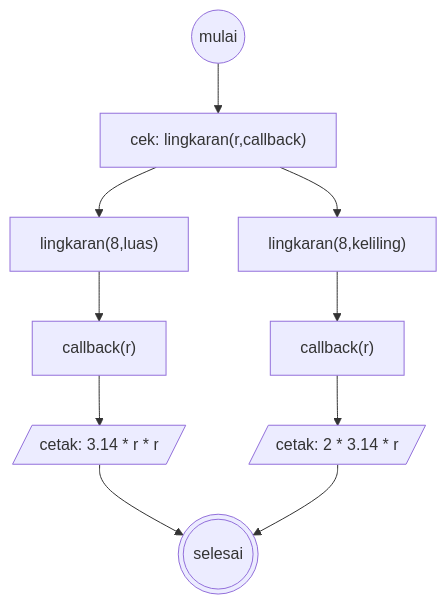
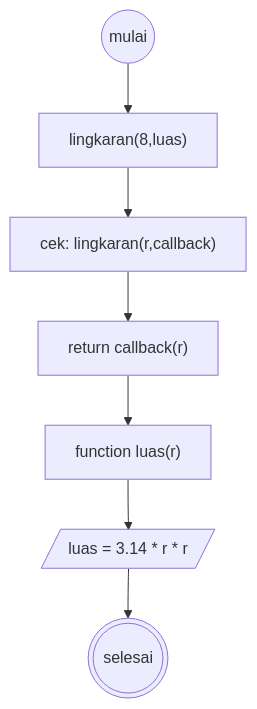
The diagram in koda-b1-minitask4.md (asasonda/koda-b1-javascript2), drawn with Mermaid before and after one commit. The commit also changed other lines of this file, not shown here.

````diff
--- a/koda-b1-minitask4.md
+++ b/koda-b1-minitask4.md
@@ -1,23 +4,9 @@
 ```mermaid
 flowchart TD
-    start((mulai))
-    luas["lingkaran(8,luas)"]
-    keliling["lingkaran(8,keliling)"]
-    utama["cek: lingkaran(r,callback)"]
-    callback1["callback(r)"]
-    callback2["callback(r)"]
-    cetakL[/cetak: 3.14 * r * r /]
-    cetakK[/cetak: 2 * 3.14 * r /]
-
-    start --> utama
-    utama --> luas
-    utama --> keliling
-    luas --> callback1
-    keliling --> callback2
-    callback1 --> cetakL
-    callback2 --> cetakK
-    cetakL --> selesai(((selesai)))
-    cetakK --> selesai
-
-
+    start((mulai)) --> luas["lingkaran(8,luas)"]
+    luas --> utama["cek: lingkaran(r,callback)"]
+    utama --> callback["return callback(r)"]
+    callback --> menuju["function luas(r)"]
+    menuju --> cetak[/luas = 3.14 * r * r/]
+    cetak --> selesai(((selesai)))
 ```
````
